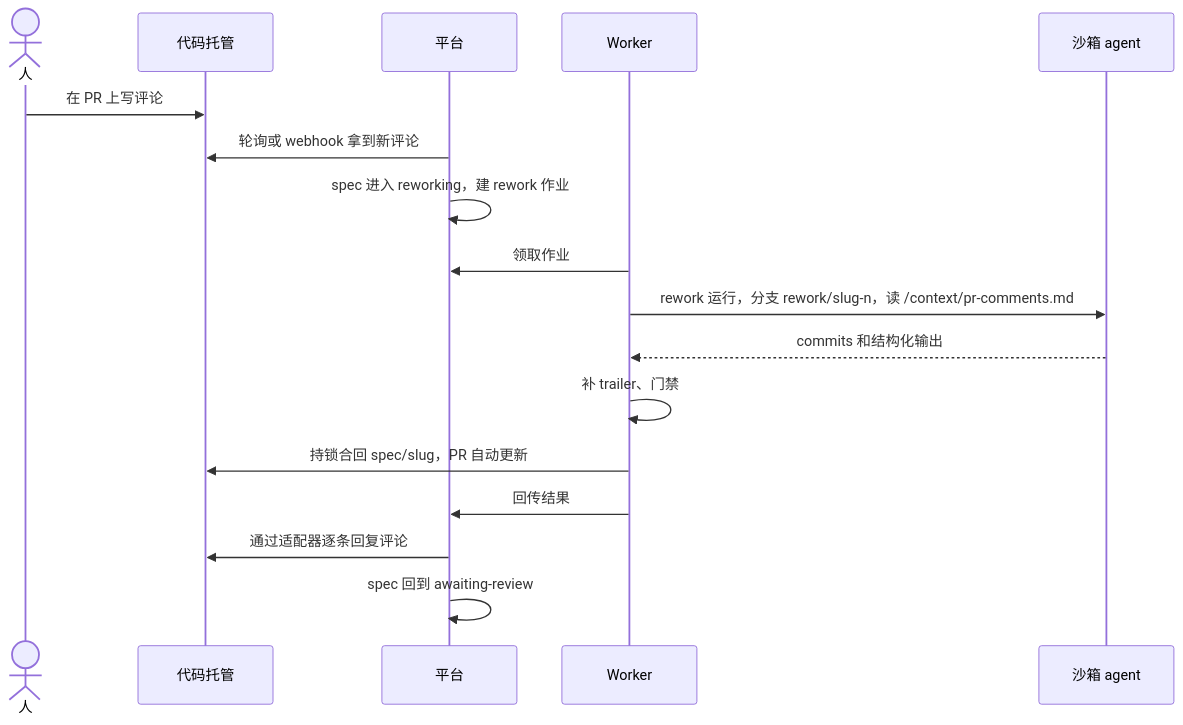
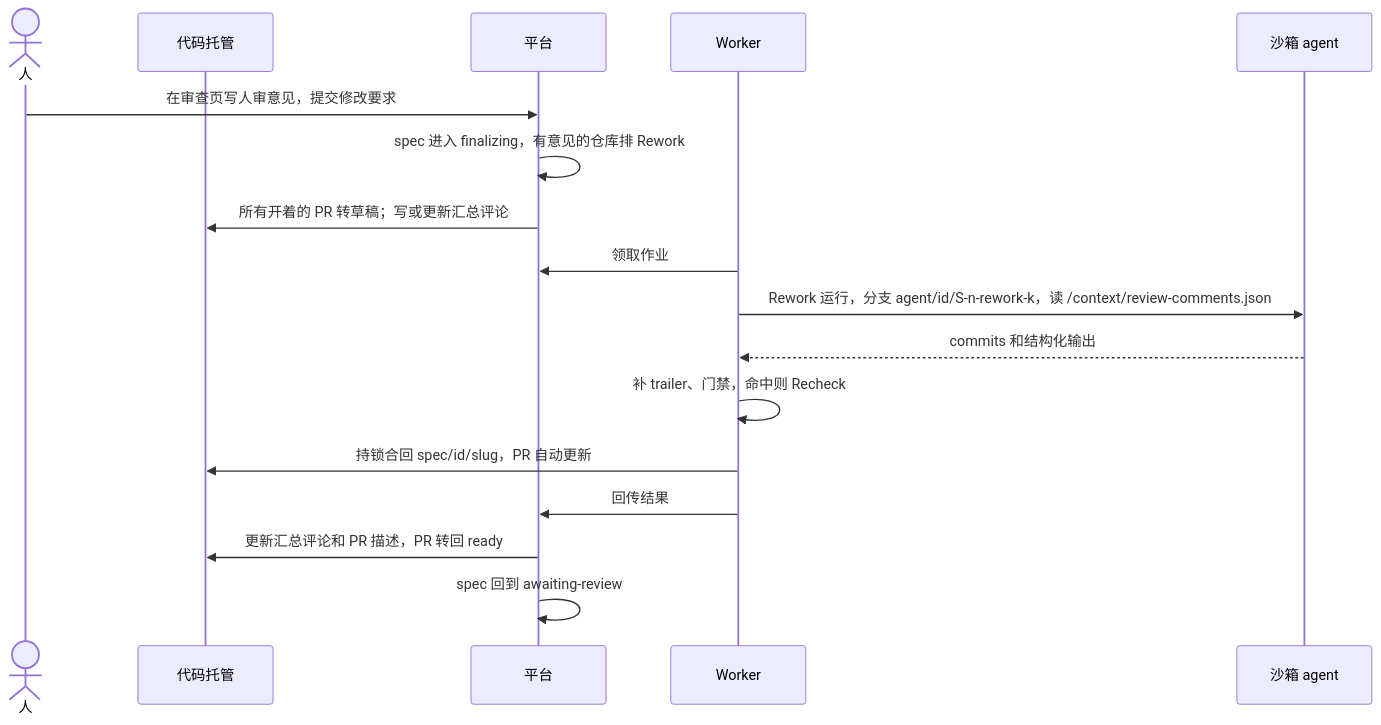
Diagram 21 of 24 in docs/design.md (xxh171015/afk-platform), drawn with Mermaid before and after one commit. The commit also changed other lines of this file and 4 other files, not shown here.

````diff
--- a/docs/design.md
+++ b/docs/design.md
@@ -1057,20 +1059,20 @@
 ```mermaid
 sequenceDiagram
     actor H as 人
     participant G as 代码托管
     participant A as 平台
     participant W as Worker
     participant S as 沙箱 agent
 
-    H->>G: 在 PR 上写评论
-    A->>G: 轮询或 webhook 拿到新评论
-    A->>A: spec 进入 reworking，建 rework 作业
+    H->>A: 在审查页写人审意见，提交修改要求
+    A->>A: spec 进入 finalizing，有意见的仓库排 Rework
+    A->>G: 所有开着的 PR 转草稿；写或更新汇总评论
     W->>A: 领取作业
-    W->>S: rework 运行，分支 rework/slug-n，读 /context/pr-comments.md
+    W->>S: Rework 运行，分支 agent/id/S-n-rework-k，读 /context/review-comments.json
     S-->>W: commits 和结构化输出
-    W->>W: 补 trailer、门禁
-    W->>G: 持锁合回 spec/slug，PR 自动更新
+    W->>W: 补 trailer、门禁，命中则 Recheck
+    W->>G: 持锁合回 spec/id/slug，PR 自动更新
     W->>A: 回传结果
-    A->>G: 通过适配器逐条回复评论
+    A->>G: 更新汇总评论和 PR 描述，PR 转回 ready
     A->>A: spec 回到 awaiting-review
 ```
````
